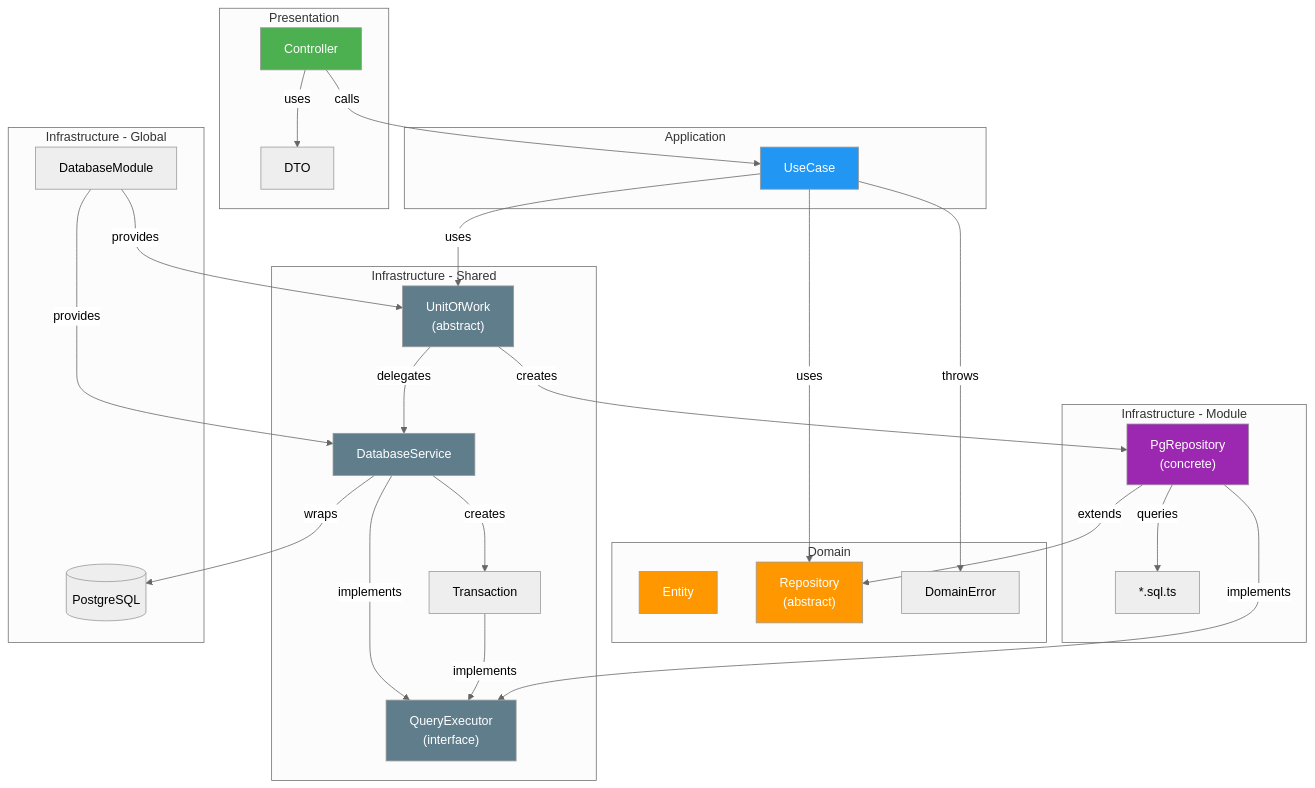
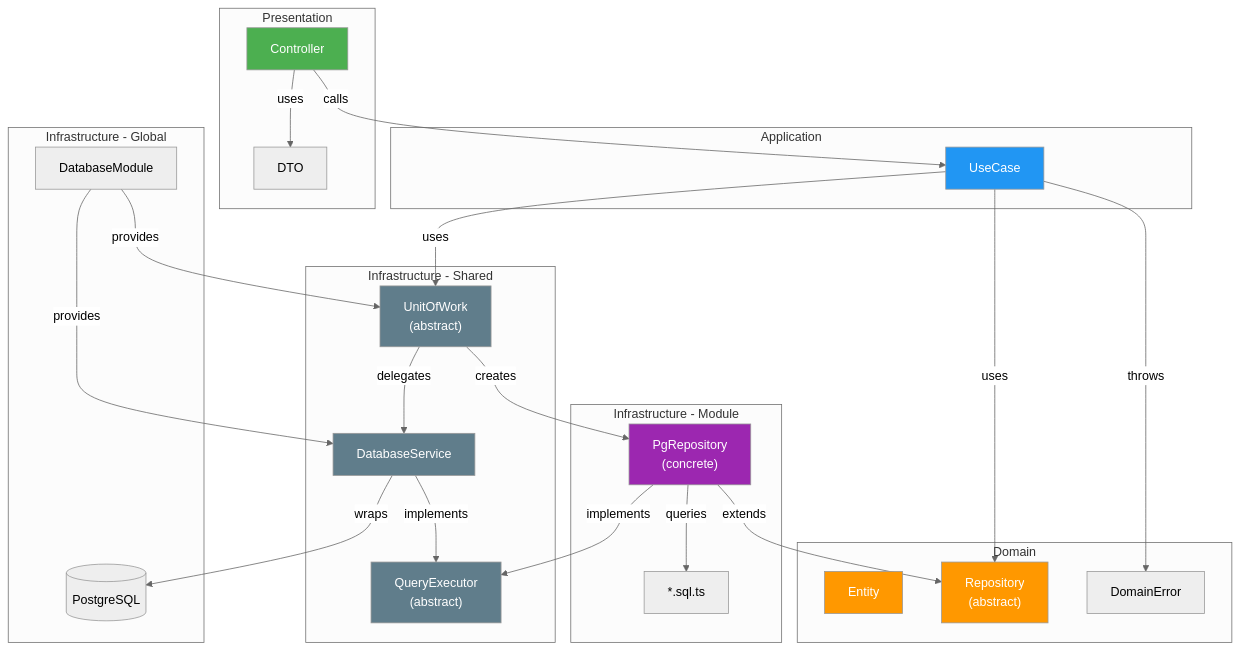
The diagram in apps/mybitcoin-api/docs/architecture/03-estrutura-projeto.md (paulohsilvavieira/mybitcoin), drawn with Mermaid (neutral theme) before and after one commit. The commit also changed other lines of this file and 4 other files, not shown here.

````diff
--- a/apps/mybitcoin-api/docs/architecture/03-estrutura-projeto.md
+++ b/apps/mybitcoin-api/docs/architecture/03-estrutura-projeto.md
@@ -500,63 +502,60 @@
 ```mermaid
 graph TD
     subgraph "Presentation"
         Controller[Controller]
         DTO[DTO]
     end
 
     subgraph "Application"
         UseCase[UseCase]
     end
 
     subgraph "Domain"
         Entity[Entity]
         RepoAbstract["Repository<br/>(abstract)"]
         Error[DomainError]
     end
 
     subgraph "Infrastructure - Module"
         PgRepo["PgRepository<br/>(concrete)"]
         SQL["*.sql.ts"]
     end
 
     subgraph "Infrastructure - Shared"
         UOW["UnitOfWork<br/>(abstract)"]
-        QE["QueryExecutor<br/>(interface)"]
+        QE["QueryExecutor<br/>(abstract)"]
         DBS[DatabaseService]
-        TX[Transaction]
     end
 
     subgraph "Infrastructure - Global"
         DBModule[DatabaseModule]
         Pool[(PostgreSQL)]
     end
 
     Controller -->|calls| UseCase
     Controller -->|uses| DTO
     UseCase -->|uses| RepoAbstract
     UseCase -->|uses| UOW
     UseCase -->|throws| Error
 
     UOW -->|creates| PgRepo
     UOW -->|delegates| DBS
 
     PgRepo -->|extends| RepoAbstract
     PgRepo -->|implements| QE
     PgRepo -->|queries| SQL
 
     DBModule -->|provides| DBS
     DBModule -->|provides| UOW
     DBS -->|wraps| Pool
-    DBS -->|creates| TX
-    TX -->|implements| QE
     DBS -->|implements| QE
 
     style Controller fill:#4CAF50,color:#fff
     style UseCase fill:#2196F3,color:#fff
     style Entity fill:#FF9800,color:#fff
     style RepoAbstract fill:#FF9800,color:#fff
     style PgRepo fill:#9C27B0,color:#fff
     style UOW fill:#607D8B,color:#fff
     style QE fill:#607D8B,color:#fff
     style DBS fill:#607D8B,color:#fff
 ```
````
